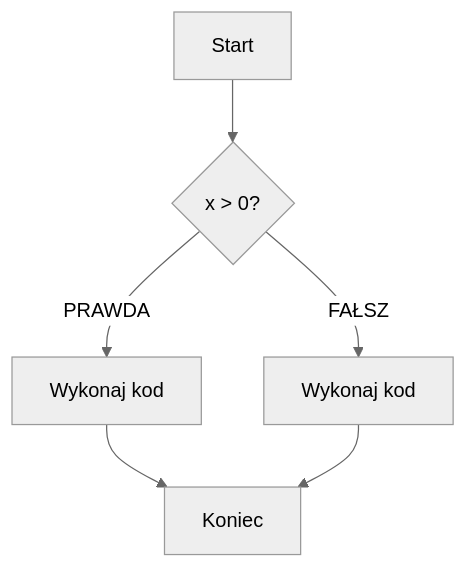
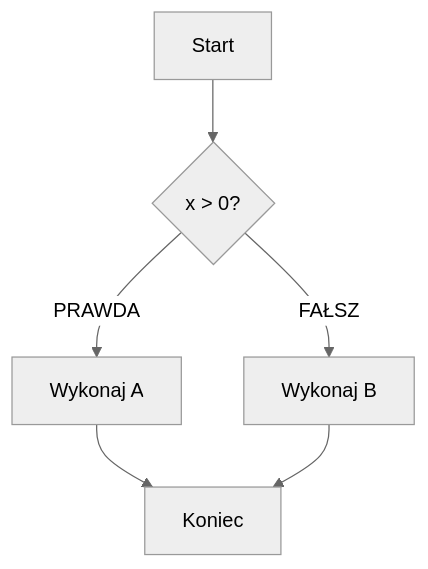
The diagram in cwiczenia/02_Instrukcje_warunkowe.qmd (kadyb/intro2025), drawn with Mermaid (neutral theme) before and after one commit. The commit also changed other lines of this file and 1 other file, not shown here.

Commit message:
update text

````diff
--- a/cwiczenia/02_Instrukcje_warunkowe.qmd
+++ b/cwiczenia/02_Instrukcje_warunkowe.qmd
@@ -22,9 +22,9 @@
 ```{mermaid}
 %%| fig-align: center
 flowchart TD
     A[Start] --> B{x > 0?}
-    B -->|PRAWDA| C[Wykonaj kod]
-    B -->|FAŁSZ| D[Wykonaj kod]
+    B -->|PRAWDA| C[Wykonaj A]
+    B -->|FAŁSZ| D[Wykonaj B]
     C --> E[Koniec]
     D --> E[Koniec]
 ```
````
